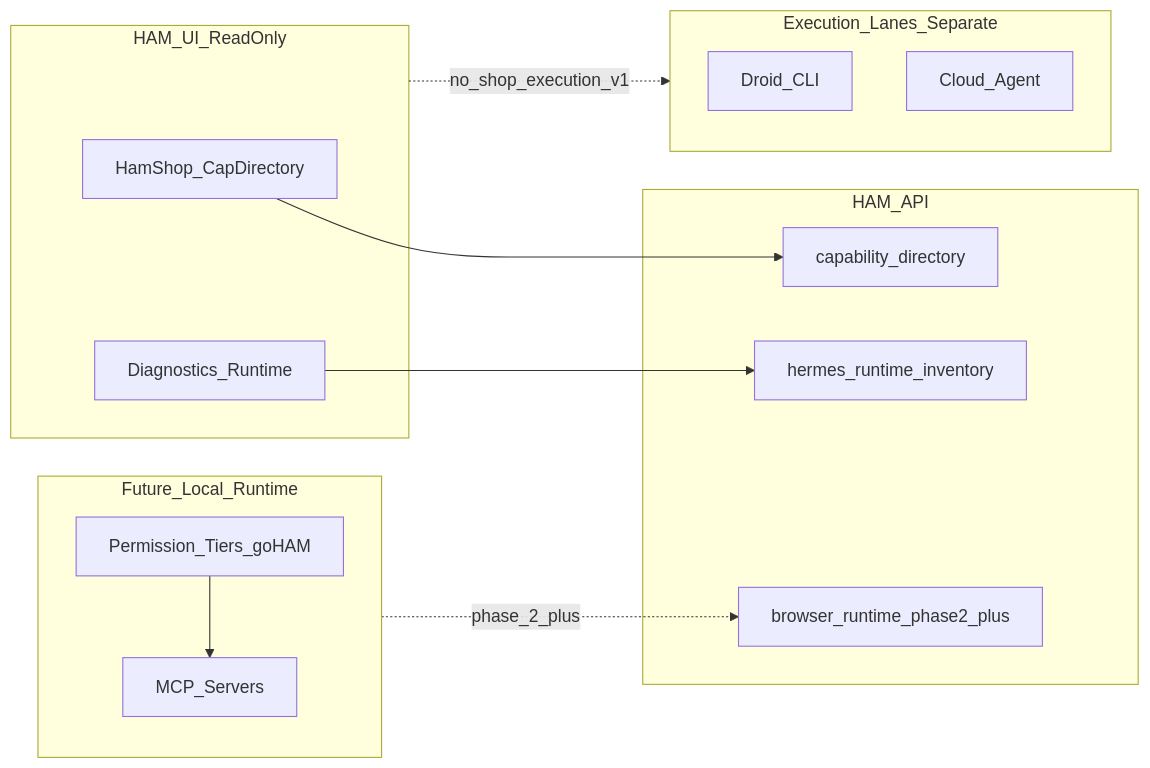
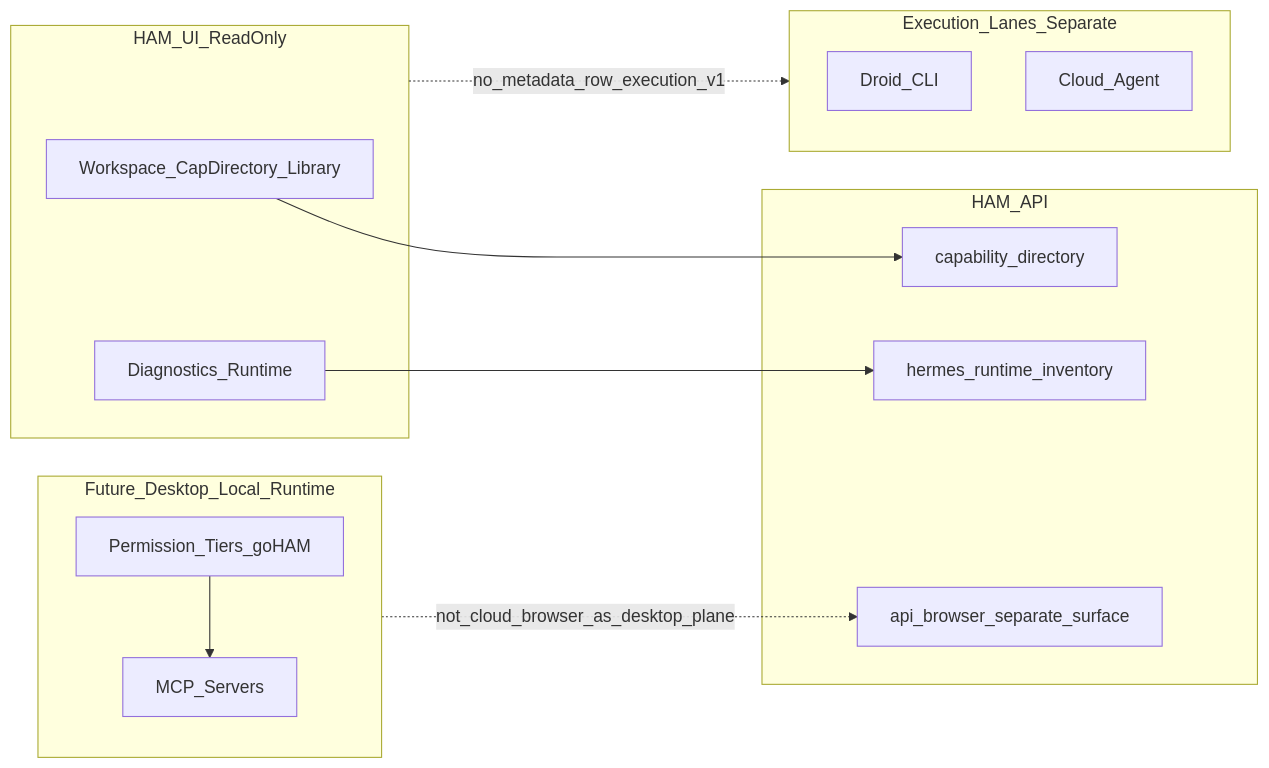
The diagram in docs/capabilities/computer_control_pack_v1.md (Code-Munkiz/ham), drawn with Mermaid before and after one commit. The commit also changed other lines of this file and 4 other files, not shown here.

First line of the commit message:
docs(desktop): define local control v1

````diff
--- a/docs/capabilities/computer_control_pack_v1.md
+++ b/docs/capabilities/computer_control_pack_v1.md
@@ -35,25 +37,25 @@
 ```mermaid
 flowchart LR
   subgraph hamUI [HAM_UI_ReadOnly]
-    Shop[HamShop_CapDirectory]
+    Workspace[Workspace_CapDirectory_Library]
     Diag[Diagnostics_Runtime]
   end
   subgraph hamApi [HAM_API]
     CapAPI[capability_directory]
     HermesInv[hermes_runtime_inventory]
-    BrowserAPI[browser_runtime_phase2_plus]
+    BrowserAPI[api_browser_separate_surface]
   end
   subgraph execLanes [Execution_Lanes_Separate]
     Droid[Droid_CLI]
     Cursor[Cloud_Agent]
   end
-  subgraph futureLocal [Future_Local_Runtime]
+  subgraph futureLocal [Future_Desktop_Local_Runtime]
     MCP[MCP_Servers]
     Policy[Permission_Tiers_goHAM]
   end
-  Shop --> CapAPI
+  Workspace --> CapAPI
   Diag --> HermesInv
-  hamUI -.->|"no_shop_execution_v1"| execLanes
-  futureLocal -.->|"phase_2_plus"| BrowserAPI
+  hamUI -.->|"no_metadata_row_execution_v1"| execLanes
+  futureLocal -.->|"not_cloud_browser_as_desktop_plane"| BrowserAPI
   Policy --> MCP
 ```
````
